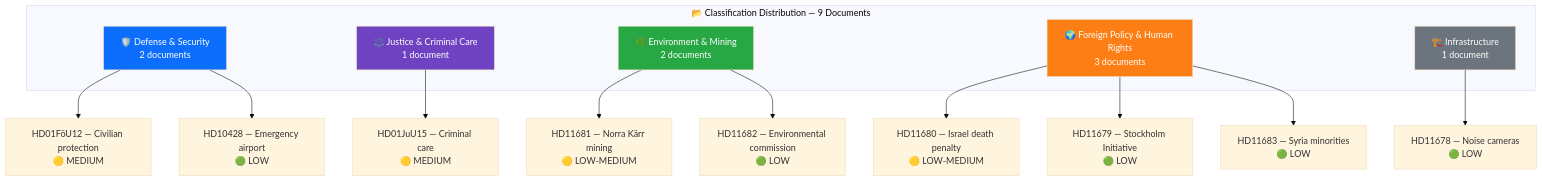
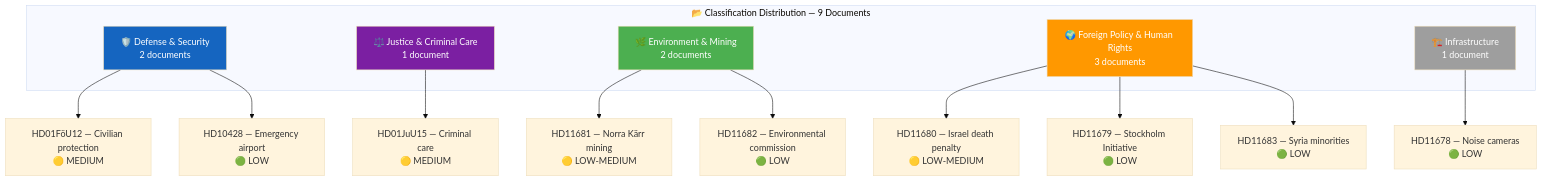
One commit to Hack23/riksdagsmonitor changed the diagram in analysis/daily/2026-04-06/realtime-1029/classification-results.md. Above: the diagram before and after it, drawn with Mermaid (base theme). The commit also changed 785 other files, not shown here.

First line of the commit message:
Normalize mermaid colors across 786 analysis artifacts to ISMS Style Guide palette

````diff
--- a/analysis/daily/2026-04-06/realtime-1029/classification-results.md
+++ b/analysis/daily/2026-04-06/realtime-1029/classification-results.md
@@ -16,26 +16,26 @@
 ```mermaid
 graph TD
     subgraph "📂 Classification Distribution — 9 Documents"
         DEF["🛡️ Defense & Security<br/>2 documents"]
         JUS["⚖️ Justice & Criminal Care<br/>1 document"]
         ENV["🌿 Environment & Mining<br/>2 documents"]
         FP["🌍 Foreign Policy & Human Rights<br/>3 documents"]
         INF["🏗️ Infrastructure<br/>1 document"]
     end
 
     DEF --> D1["HD01FöU12 — Civilian protection<br/>🟡 MEDIUM"]
     DEF --> D2["HD10428 — Emergency airport<br/>🟢 LOW"]
     JUS --> J1["HD01JuU15 — Criminal care<br/>🟡 MEDIUM"]
     ENV --> E1["HD11681 — Norra Kärr mining<br/>🟡 LOW-MEDIUM"]
     ENV --> E2["HD11682 — Environmental commission<br/>🟢 LOW"]
     FP --> F1["HD11680 — Israel death penalty<br/>🟡 LOW-MEDIUM"]
     FP --> F2["HD11679 — Stockholm Initiative<br/>🟢 LOW"]
     FP --> F3["HD11683 — Syria minorities<br/>🟢 LOW"]
     INF --> I1["HD11678 — Noise cameras<br/>🟢 LOW"]
 
-    style DEF fill:#0d6efd,color:#fff
-    style JUS fill:#6f42c1,color:#fff
-    style ENV fill:#28a745,color:#fff
-    style FP fill:#fd7e14,color:#fff
-    style INF fill:#6c757d,color:#fff
+    style DEF fill:#1565C0,color:#FFFFFF
+    style JUS fill:#7B1FA2,color:#FFFFFF
+    style ENV fill:#4CAF50,color:#FFFFFF
+    style FP fill:#FF9800,color:#FFFFFF
+    style INF fill:#9E9E9E,color:#FFFFFF
 ```
````
